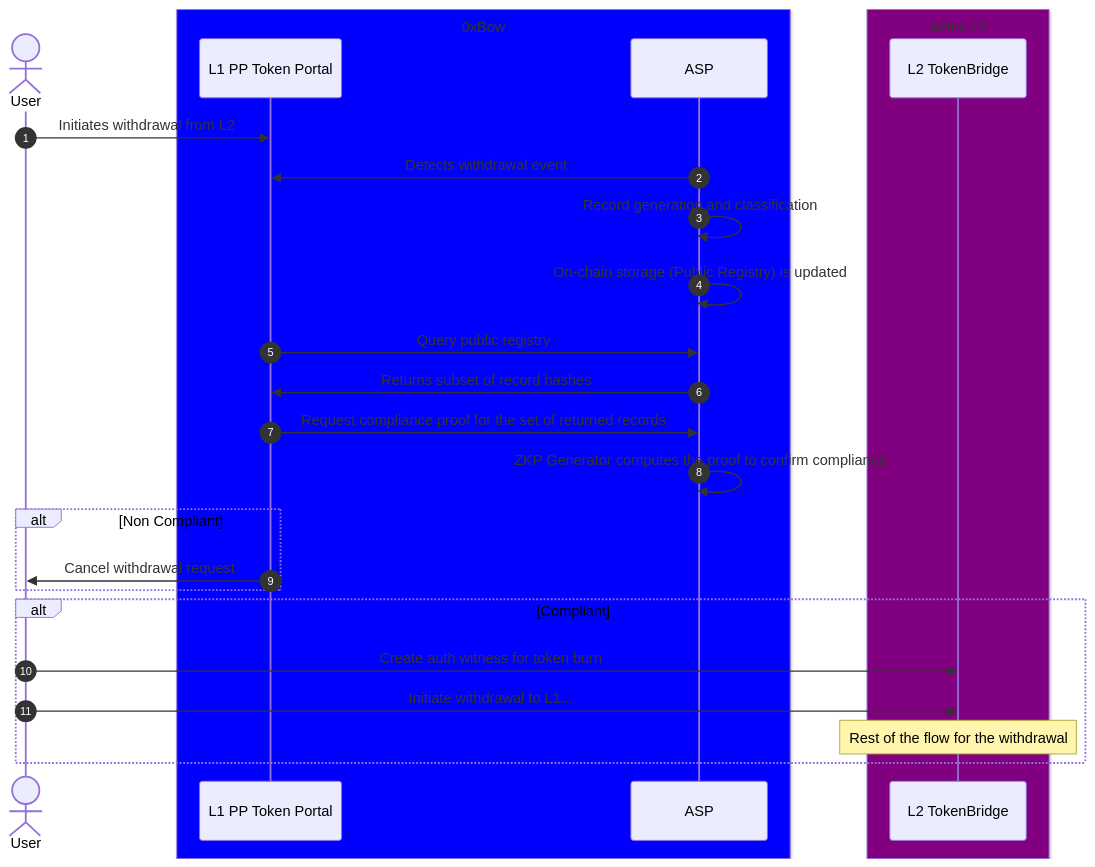
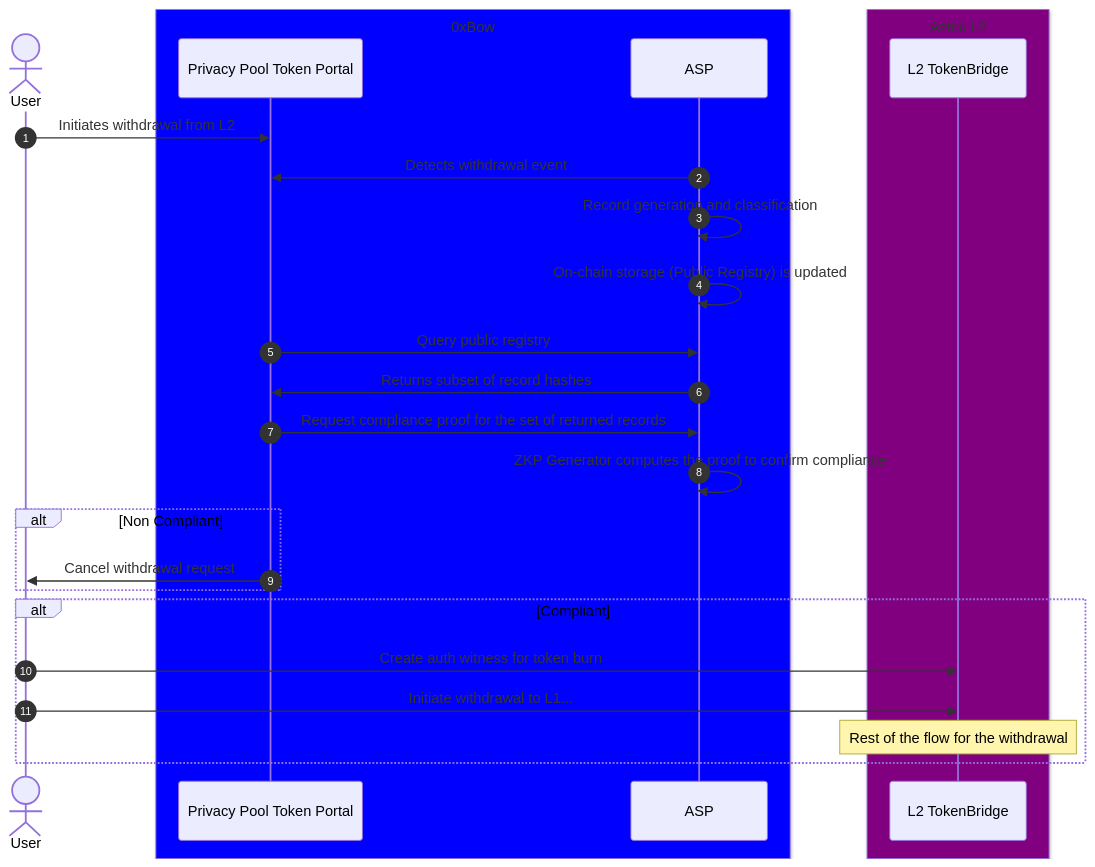
One commit to 0xbow-io/asp-aztec-bridge changed the second of 2 diagrams in docs/assets/sequence.md. Above: the diagram before and after it, drawn with Mermaid. The commit also changed other lines of this file, not shown here.

Commit message:
docs(sequence.md): Adjusted participant names for better clarity

````diff
--- a/docs/assets/sequence.md
+++ b/docs/assets/sequence.md
@@ -58,28 +61,28 @@
 ``` mermaid
 sequenceDiagram
     autonumber
     actor User
     box Blue 0xBow
-    participant L1 PP Token Portal
+    participant Privacy Pool Token Portal
     participant ASP
     end
     box Purple Aztec L2
     participant L2 TokenBridge
     end
-        User->>L1 PP Token Portal: Initiates withdrawal from L2
-        ASP->>L1 PP Token Portal: Detects withdrawal event
+        User->>Privacy Pool Token Portal: Initiates withdrawal from L2
+        ASP->>Privacy Pool Token Portal: Detects withdrawal event
         ASP->>ASP: Record generation and classification
         ASP->>ASP: On-chain storage (Public Registry) is updated
-        L1 PP Token Portal->>ASP: Query public registry
-        ASP->>L1 PP Token Portal: Returns subset of record hashes
-        L1 PP Token Portal->>ASP: Request compliance proof for the set of returned records
+        Privacy Pool Token Portal->>ASP: Query public registry
+        ASP->>Privacy Pool Token Portal: Returns subset of record hashes
+        Privacy Pool Token Portal->>ASP: Request compliance proof for the set of returned records
         ASP->>ASP: ZKP Generator computes the proof to confirm compliance
     alt Non Compliant
-        L1 PP Token Portal->>User: Cancel withdrawal request
+        Privacy Pool Token Portal->>User: Cancel withdrawal request
     end
     alt Compliant
         User->>L2 TokenBridge: Create auth witness for token burn
         User->>L2 TokenBridge: Initiate withdrawal to L1...
         Note over L2 TokenBridge: Rest of the flow for the withdrawal
     end
 ```
````
